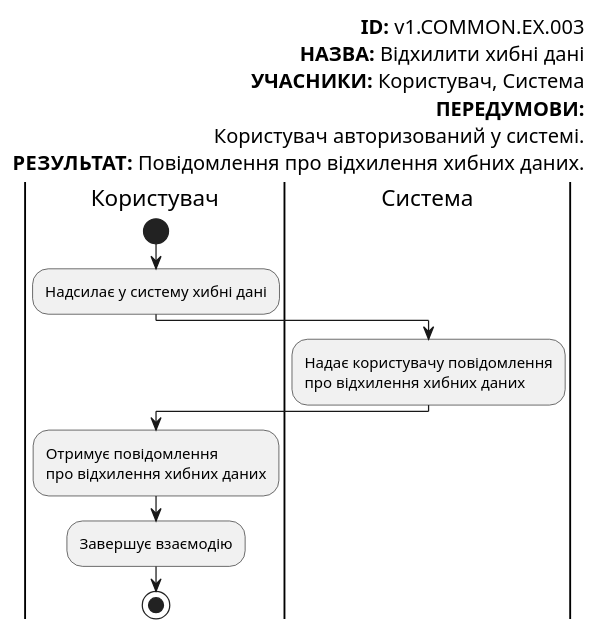
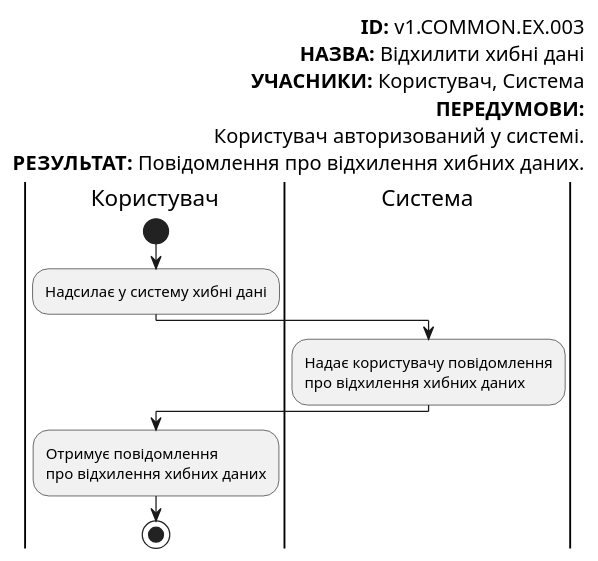
One commit to gurug-prog/survey-expert changed diagram 18 of 23 in docs/use-cases/README.md. Above: the diagram before and after it, drawn with PlantUML. The commit also changed other lines of this file, not shown here.

```diff
--- a/docs/use-cases/README.md
+++ b/docs/use-cases/README.md
@@ -950,28 +964,26 @@
 @startuml
 
     left header
          <font color=000 size=16><b>ID:</b> v1.COMMON.EX.003
          <font color=000 size=16><b>НАЗВА:</b> Відхилити хибні дані
          <font color=000 size=16><b>УЧАСНИКИ:</b> Користувач, Система
          <font color=000 size=16><b>ПЕРЕДУМОВИ:</b>
          <font color=000 size=16>Користувач авторизований у системі.
          <font color=000 size=16><b>РЕЗУЛЬТАТ:</b> Повідомлення про відхилення хибних даних.
      end header
 
      |Користувач|
          start
          :Надсилає у систему хибні дані;             
 
      |Система|        
          :Надає користувачу повідомлення
          про відхилення хибних даних;
 
      |Користувач|
          :Отримує повідомлення
          про відхилення хибних даних;
-   
-          :Завершує взаємодію;
 
           stop;
 
 @enduml
```
